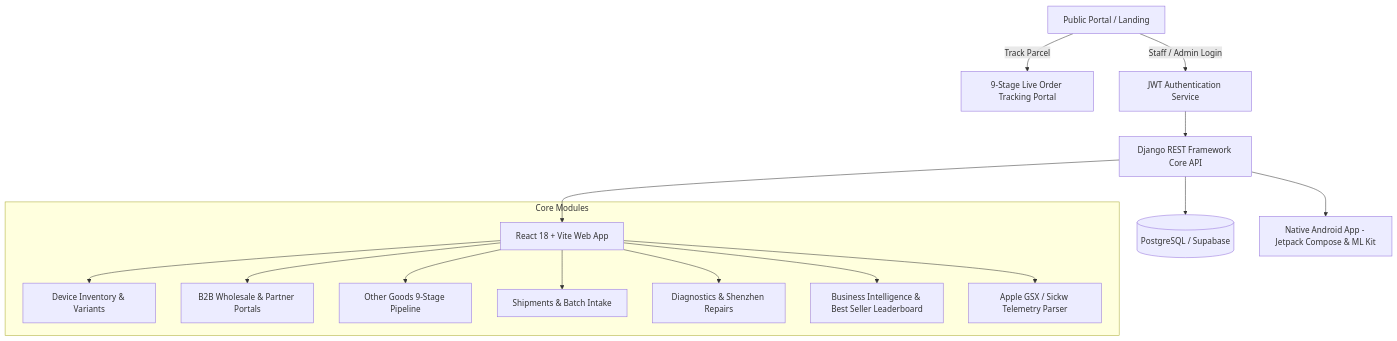
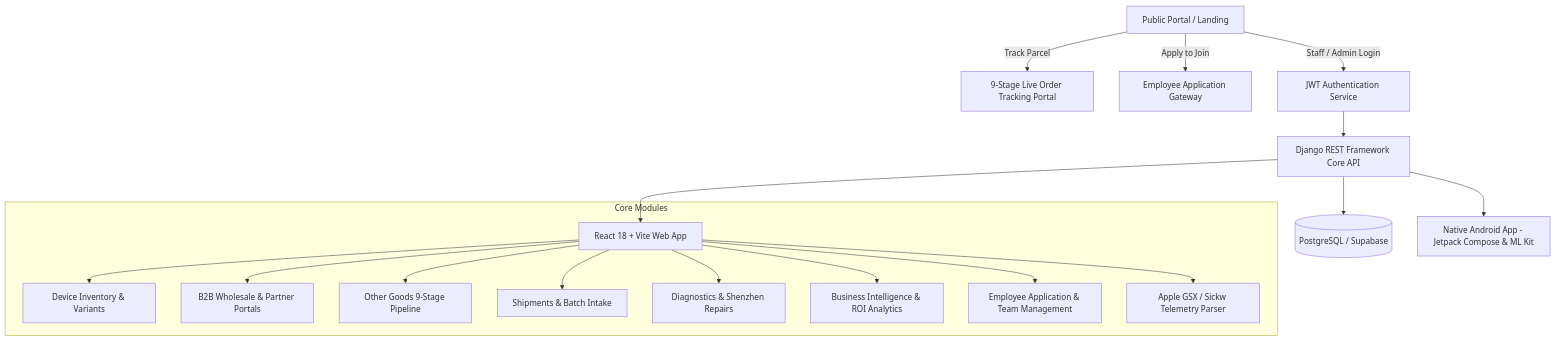
The diagram in README.md (jubaerkhan49/gadget-deluxe), drawn with Mermaid before and after one commit. The commit also changed other lines of this file and 13 other files, not shown here.

Commit message:
Add minimalist landing page, join as employee application, manage employee review dialog, employee custody view, and clean README.md

````diff
--- a/README.md
+++ b/README.md
@@ -22,19 +16,21 @@
 ```mermaid
 graph TD
     A[Public Portal / Landing] -->|Track Parcel| B[9-Stage Live Order Tracking Portal]
+    A -->|Apply to Join| H[Employee Application Gateway]
     A -->|Staff / Admin Login| C[JWT Authentication Service]
     C --> D[Django REST Framework Core API]
     D --> E[(PostgreSQL / Supabase)]
     D --> F[React 18 + Vite Web App]
     D --> G[Native Android App - Jetpack Compose & ML Kit]
     
     subgraph Core Modules
         F --> M1[Device Inventory & Variants]
         F --> M2[B2B Wholesale & Partner Portals]
         F --> M3[Other Goods 9-Stage Pipeline]
         F --> M4[Shipments & Batch Intake]
         F --> M5[Diagnostics & Shenzhen Repairs]
-        F --> M6[Business Intelligence & Best Seller Leaderboard]
-        F --> M7[Apple GSX / Sickw Telemetry Parser]
+        F --> M6[Business Intelligence & ROI Analytics]
+        F --> M7[Employee Application & Team Management]
+        F --> M8[Apple GSX / Sickw Telemetry Parser]
     end
 ```
````
